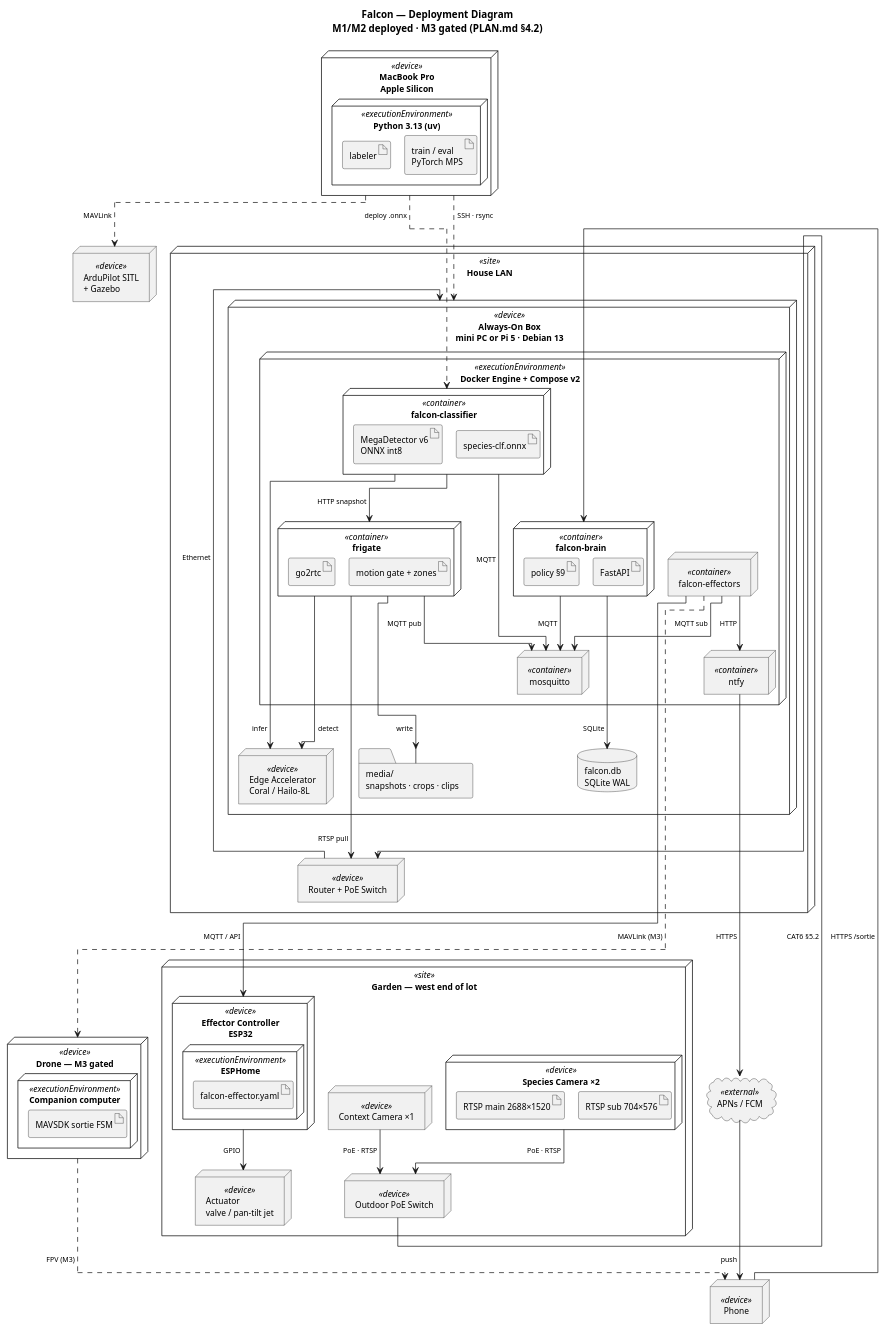
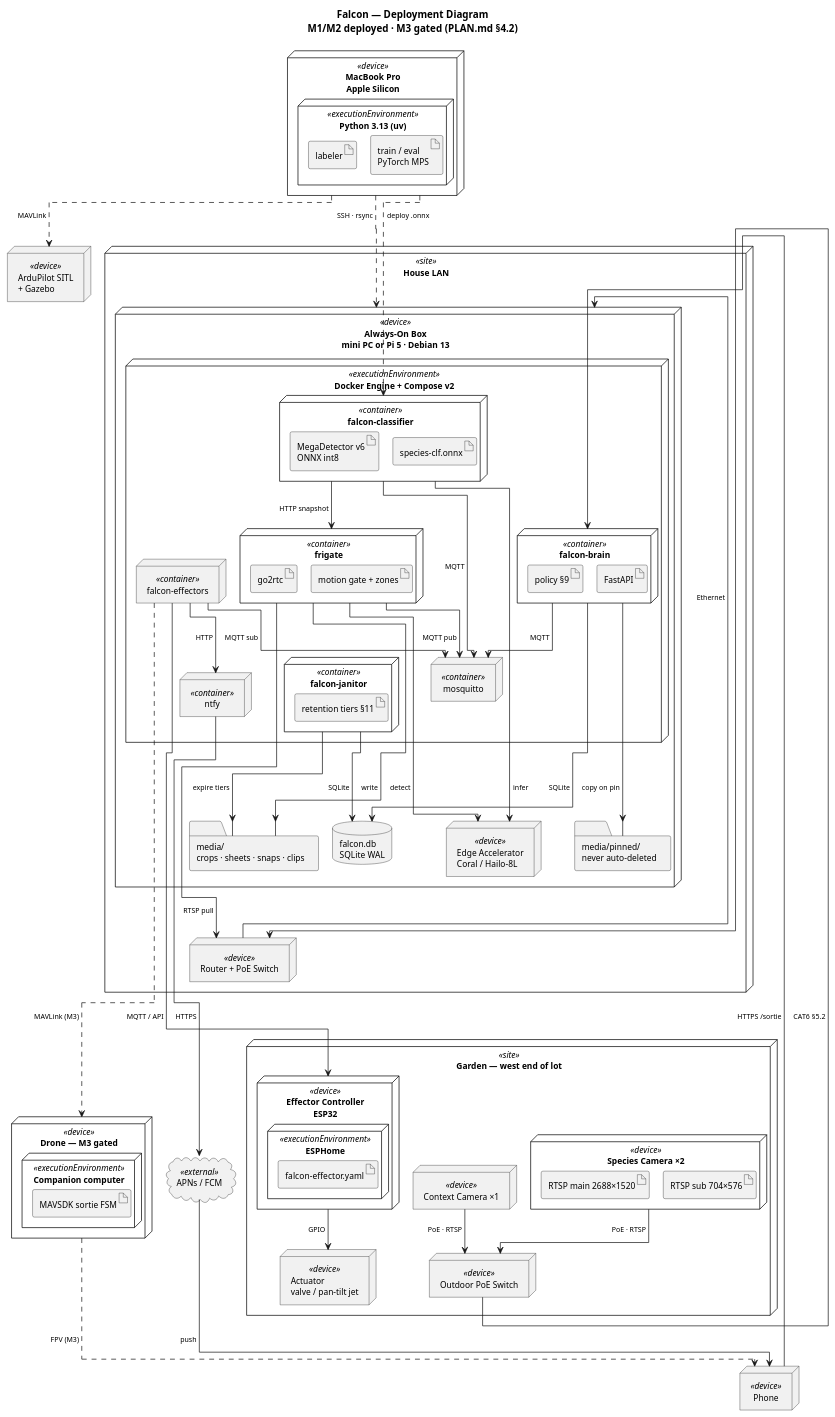
One commit to ronstarling9/falcon changed the diagram in docs/deployment.puml. Above: the diagram before and after it, drawn with PlantUML. The commit also changed 5 other files, not shown here.

```diff
--- a/docs/deployment.puml
+++ b/docs/deployment.puml
@@ -1,113 +1,120 @@
 @startuml falcon-deployment
 ' Falcon — UML Deployment Diagram
 ' Canonical source. Render: plantuml -tsvg docs/deployment.puml
 ' Protocol/port detail lives in DEPLOYMENT.md; edge labels here stay terse
 ' so graphviz can lay the graph out legibly.
 
 title Falcon — Deployment Diagram\nM1/M2 deployed · M3 gated (PLAN.md §4.2)
 
 !pragma layout elk
 skinparam shadowing false
 skinparam nodesep 12
 skinparam ranksep 28
 skinparam defaultFontSize 12
 skinparam ArrowFontSize 10
 
 '=========================== GARDEN ===========================
 node "Garden — west end of lot" <<site>> {
   node "Species Camera ×2" <<device>> as CAM {
     artifact "RTSP main 2688×1520" as A_MAIN
     artifact "RTSP sub 704×576" as A_SUB
   }
   node "Context Camera ×1" <<device>> as CAMW
   node "Outdoor PoE Switch" <<device>> as SW_YARD
   node "Effector Controller\nESP32" <<device>> as ESP {
     node "ESPHome" <<executionEnvironment>> {
       artifact "falcon-effector.yaml" as A_ESP
     }
   }
   node "Actuator\nvalve / pan-tilt jet" <<device>> as ACT
 }
 
 '=========================== HOUSE LAN ===========================
 node "House LAN" <<site>> {
   node "Router + PoE Switch" <<device>> as SW_HOUSE
 
   node "Always-On Box\nmini PC or Pi 5 · Debian 13" <<device>> as BOX {
     node "Edge Accelerator\nCoral / Hailo-8L" <<device>> as TPU
     database "falcon.db\nSQLite WAL" as DB
-    folder "media/\nsnapshots · crops · clips" as MEDIA
+    folder "media/\ncrops · sheets · snaps · clips" as MEDIA
+    folder "media/pinned/\nnever auto-deleted" as PINNED
 
     node "Docker Engine + Compose v2" <<executionEnvironment>> as DOCKER {
       node "frigate" <<container>> as C_FRIGATE {
         artifact "go2rtc" as A_G2R
         artifact "motion gate + zones" as A_ZONE
       }
       node "mosquitto" <<container>> as C_MQTT
       node "falcon-classifier" <<container>> as C_CLS {
         artifact "MegaDetector v6\nONNX int8" as A_MD
         artifact "species-clf.onnx" as A_SPC
       }
       node "falcon-brain" <<container>> as C_BRAIN {
         artifact "policy §9" as A_POL
         artifact "FastAPI" as A_API
       }
       node "falcon-effectors" <<container>> as C_EFF
+      node "falcon-janitor" <<container>> as C_JAN {
+        artifact "retention tiers §11" as A_JAN
+      }
       node "ntfy" <<container>> as C_NTFY
     }
   }
 }
 
 '=========================== OFF-LAN ===========================
 node "MacBook Pro\nApple Silicon" <<device>> as MAC {
   node "Python 3.13 (uv)" <<executionEnvironment>> {
     artifact "labeler" as A_LBL
     artifact "train / eval\nPyTorch MPS" as A_TRAIN
   }
 }
 node "Phone" <<device>> as PHONE
 cloud "APNs / FCM" <<external>> as PUSH
 
 '=========================== M3 (GATED) ===========================
 node "Drone — M3 gated" <<device>> as DRONE {
   node "Companion computer" <<executionEnvironment>> {
     artifact "MAVSDK sortie FSM" as A_SORTIE
   }
 }
 node "ArduPilot SITL\n+ Gazebo" <<device>> as SITL
 
 '=========================== PATHS ===========================
 CAM     --> SW_YARD  : "PoE · RTSP"
 CAMW    --> SW_YARD  : "PoE · RTSP"
 SW_YARD --> SW_HOUSE : "CAT6 §5.2"
 SW_HOUSE --> BOX     : "Ethernet"
 
 C_FRIGATE --> SW_HOUSE : "RTSP pull"
 C_FRIGATE --> TPU      : "detect"
 C_FRIGATE --> C_MQTT   : "MQTT pub"
 C_FRIGATE --> MEDIA    : "write"
 
 C_CLS --> C_MQTT    : "MQTT"
 C_CLS --> C_FRIGATE : "HTTP snapshot"
 C_CLS --> TPU       : "infer"
 
 C_BRAIN --> C_MQTT : "MQTT"
 C_BRAIN --> DB     : "SQLite"
+C_BRAIN --> PINNED : "copy on pin"
+C_JAN   --> MEDIA  : "expire tiers"
+C_JAN   --> DB     : "SQLite"
 
 C_EFF --> C_MQTT : "MQTT sub"
 C_EFF --> ESP    : "MQTT / API"
 C_EFF --> C_NTFY : "HTTP"
 ESP   --> ACT    : "GPIO"
 
 C_NTFY --> PUSH    : "HTTPS"
 PUSH   --> PHONE   : "push"
 PHONE  --> C_BRAIN : "HTTPS /sortie"
 
 MAC ..> BOX   : "SSH · rsync"
 MAC ..> C_CLS : "deploy .onnx"
 MAC ..> SITL  : "MAVLink"
 
 C_EFF ..> DRONE : "MAVLink (M3)"
 DRONE ..> PHONE : "FPV (M3)"
 
 @enduml
```
